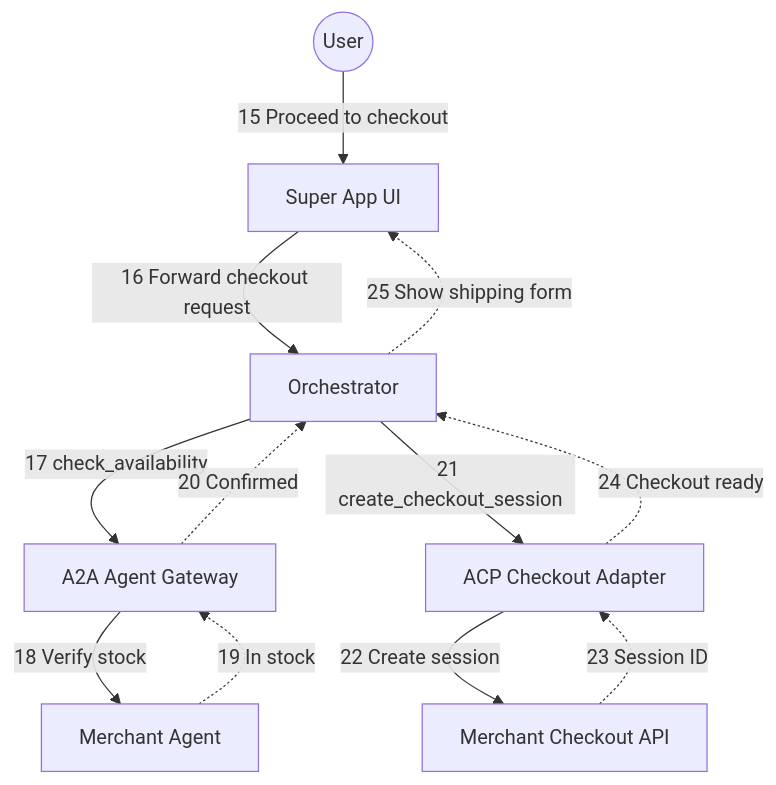
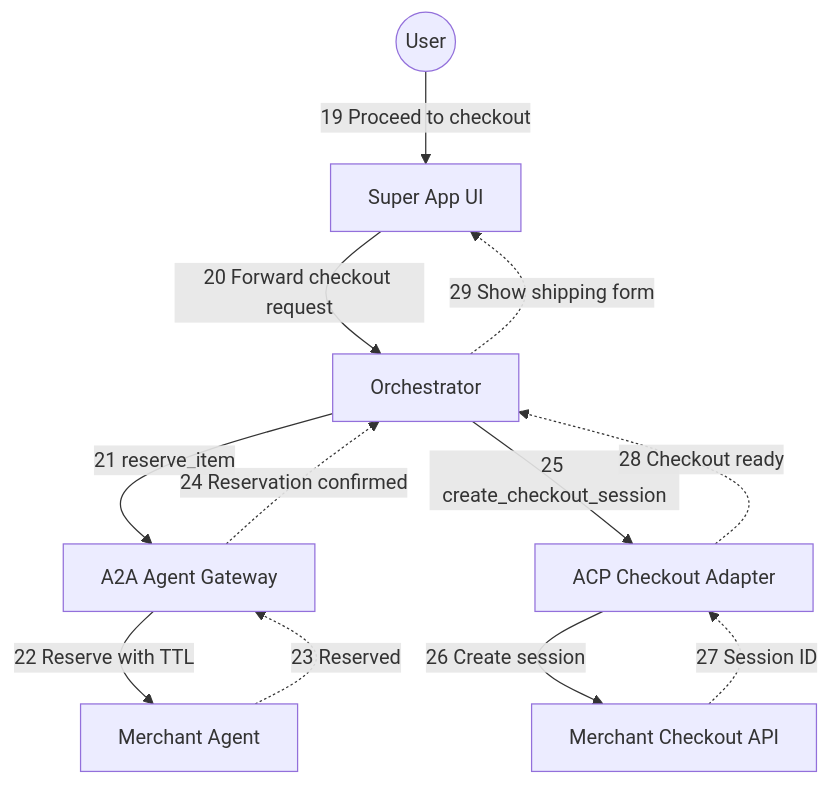
One commit to zhuohanl/agentic-commerce-protocol-demo changed the fourth of 7 diagrams in understanding/design/layered-architecture-mvp.md. Above: the diagram before and after it, drawn with Mermaid. The commit also changed other lines of this file and 2 other files, not shown here.

````diff
--- a/understanding/design/layered-architecture-mvp.md
+++ b/understanding/design/layered-architecture-mvp.md
@@ -365,14 +399,14 @@
 ```mermaid
 flowchart TB
-User((User)) -->|15 Proceed to checkout| UI[Super App UI]
-UI -->|16 Forward checkout request| Orch[Orchestrator]
-Orch -->|17 check_availability| A2A[A2A Agent Gateway]
-A2A -->|18 Verify stock| MerchantAgent[Merchant Agent]
-MerchantAgent -.->|19 In stock| A2A
-A2A -.->|20 Confirmed| Orch
-Orch -->|21 create_checkout_session| ACP[ACP Checkout Adapter]
-ACP -->|22 Create session| MerchantAPI[Merchant Checkout API]
-MerchantAPI -.->|23 Session ID| ACP
-ACP -.->|24 Checkout ready| Orch
-Orch -.->|25 Show shipping form| UI
+User((User)) -->|19 Proceed to checkout| UI[Super App UI]
+UI -->|20 Forward checkout request| Orch[Orchestrator]
+Orch -->|21 reserve_item| A2A[A2A Agent Gateway]
+A2A -->|22 Reserve with TTL| MerchantAgent[Merchant Agent]
+MerchantAgent -.->|23 Reserved| A2A
+A2A -.->|24 Reservation confirmed| Orch
+Orch -->|25 create_checkout_session| ACP[ACP Checkout Adapter]
+ACP -->|26 Create session| MerchantAPI[Merchant Checkout API]
+MerchantAPI -.->|27 Session ID| ACP
+ACP -.->|28 Checkout ready| Orch
+Orch -.->|29 Show shipping form| UI
 ```
````
